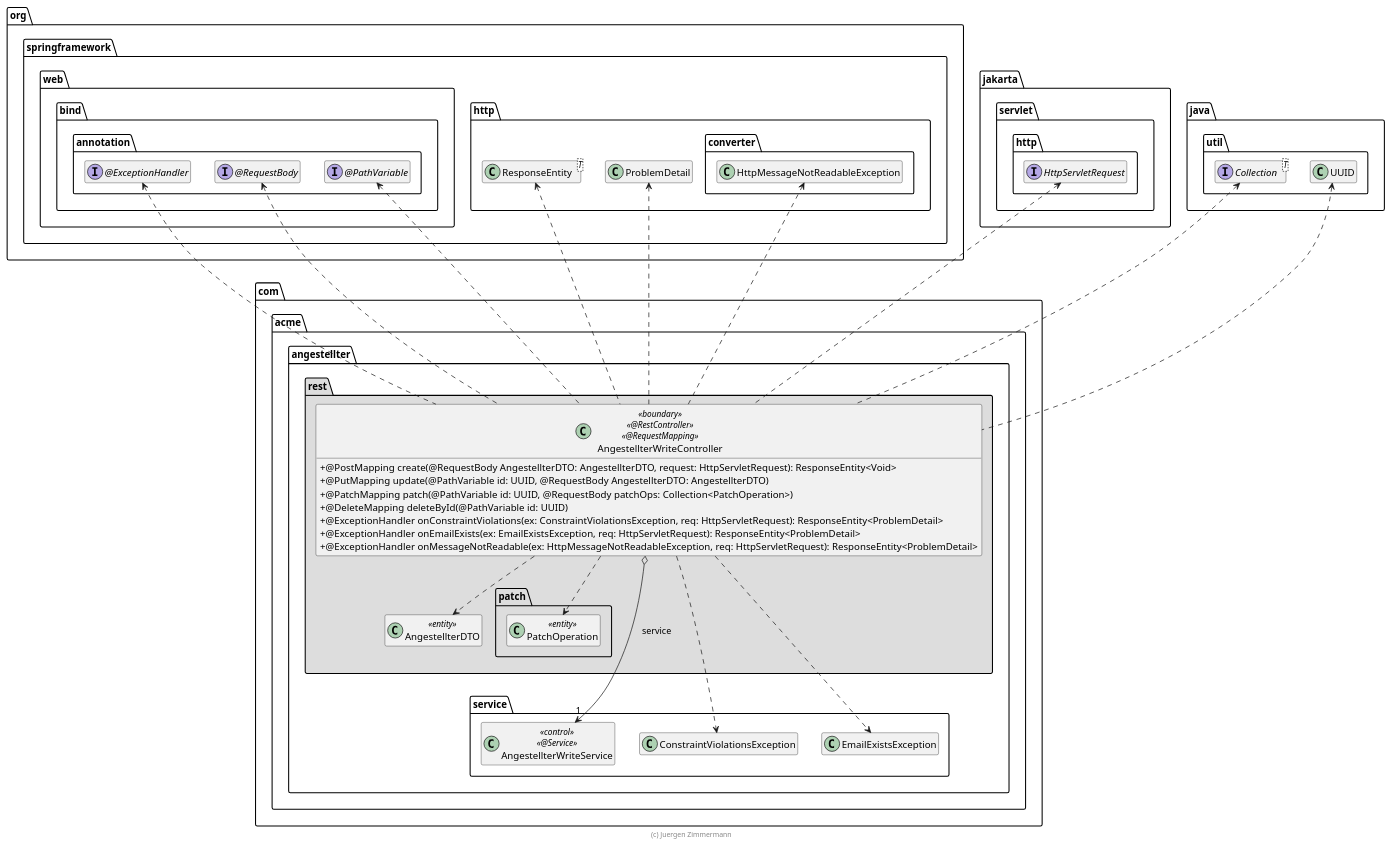
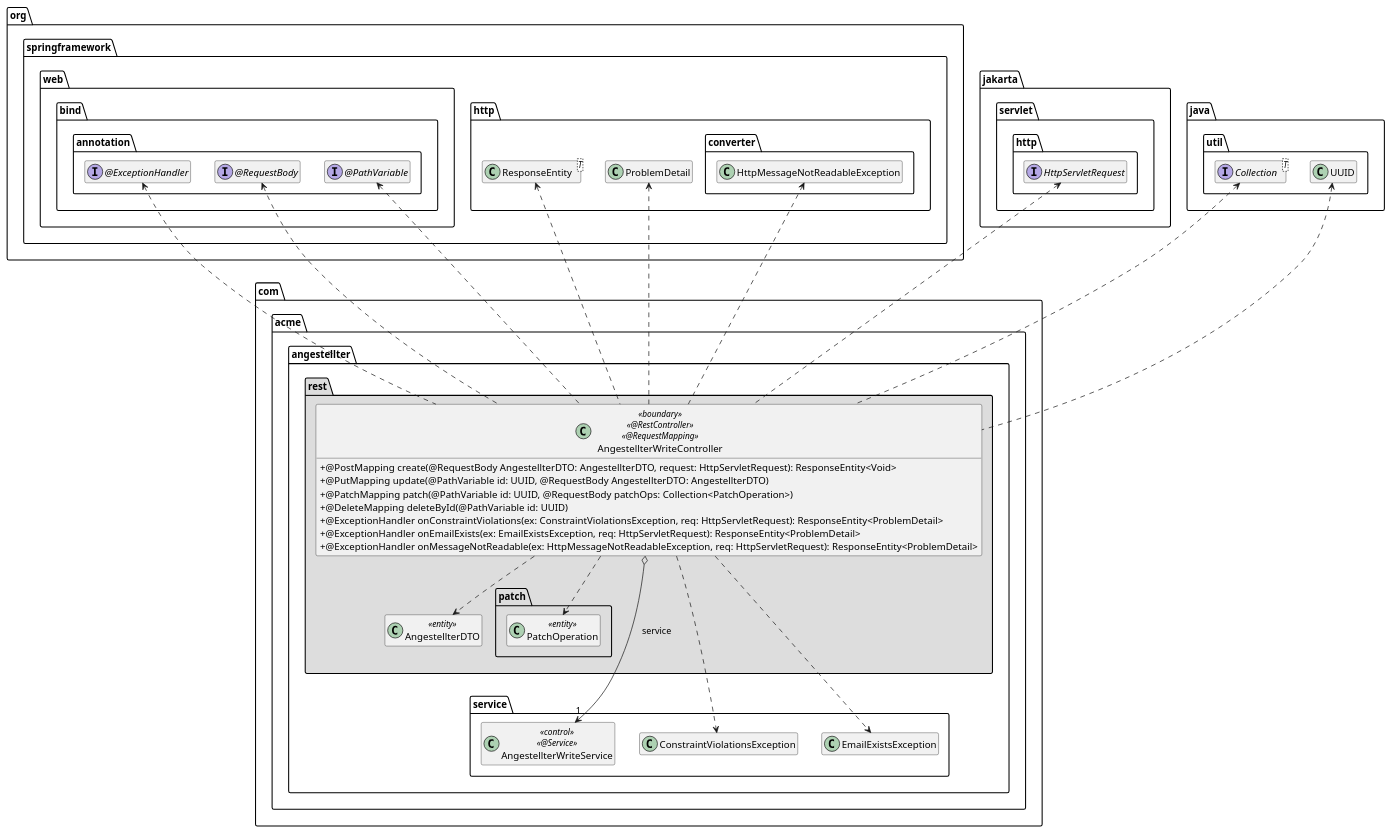
Before and after one commit to Vvalentin/angestellter-v5: the diagram in extras/doc/AngestellterWriteController.plantuml, drawn with PlantUML. The commit also changed 9 other files, not shown here.

```diff
--- a/extras/doc/AngestellterWriteController.plantuml
+++ b/extras/doc/AngestellterWriteController.plantuml
@@ -15,83 +15,81 @@
 @startuml AngestellterWriteController
 
 skinparam classAttributeIconSize 0
 
 package org.springframework {
     package web.bind.annotation {
         interface "@PathVariable" as PathVariable
         interface "@RequestBody" as RequestBody
         interface "@ExceptionHandler" as ExceptionHandler
     }
 
     package http {
         class ResponseEntity<T>
         class ProblemDetail
 
         package converter {
             class HttpMessageNotReadableException
         }
 
     }
 }
 
 package jakarta.servlet.http {
     interface HttpServletRequest
 }
 
 package java.util {
     interface Collection<T>
     class UUID
 }
 
 package com.acme.angestellter {
     package service {
         class AngestellterWriteService << control >> << @Service >>
 
         class ConstraintViolationsException
         class EmailExistsException
     }
 
     package rest #DDDDDD {
         package patch {
             class PatchOperation <<entity>>
         }
 
         class AngestellterDTO <<entity>>
 
         class AngestellterWriteController << boundary >> << @RestController >> << @RequestMapping >> {
             + @PostMapping create(@RequestBody AngestellterDTO: AngestellterDTO, request: HttpServletRequest): ResponseEntity<Void>
             + @PutMapping update(@PathVariable id: UUID, @RequestBody AngestellterDTO: AngestellterDTO)
             + @PatchMapping patch(@PathVariable id: UUID, @RequestBody patchOps: Collection<PatchOperation>)
             + @DeleteMapping deleteById(@PathVariable id: UUID)
             + @ExceptionHandler onConstraintViolations(ex: ConstraintViolationsException, req: HttpServletRequest): ResponseEntity<ProblemDetail>
             + @ExceptionHandler onEmailExists(ex: EmailExistsException, req: HttpServletRequest): ResponseEntity<ProblemDetail>
             + @ExceptionHandler onMessageNotReadable(ex: HttpMessageNotReadableException, req: HttpServletRequest): ResponseEntity<ProblemDetail>
         }
 
         AngestellterWriteController o-down-> "1" AngestellterWriteService : service
         AngestellterWriteController ..> AngestellterDTO
         AngestellterWriteController ..> ConstraintViolationsException
         AngestellterWriteController ..> EmailExistsException
         AngestellterWriteController ..> HttpMessageNotReadableException
         AngestellterWriteController ..> ProblemDetail
         AngestellterWriteController ..> PatchOperation
 
         AngestellterWriteController .up.> ResponseEntity
         AngestellterWriteController .up.> HttpServletRequest
 
         AngestellterWriteController .up.> PathVariable
         AngestellterWriteController .up.> RequestBody
         AngestellterWriteController .up.> ExceptionHandler
 
         AngestellterWriteController .up.> UUID
         AngestellterWriteController .up.> Collection
 
         PatchOperation .[hidden].> AngestellterWriteService
     }
 }
 
 hide empty members
 
-footer (c) Juergen Zimmermann
-
 @enduml
```
